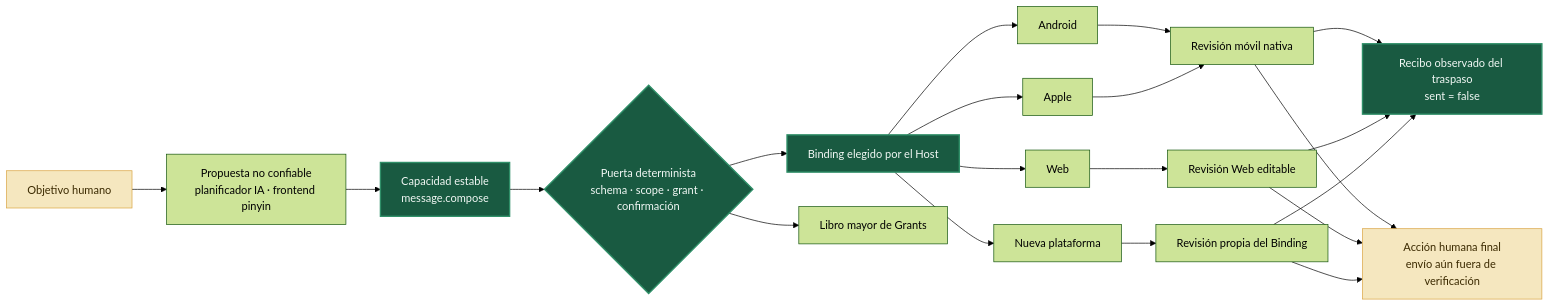
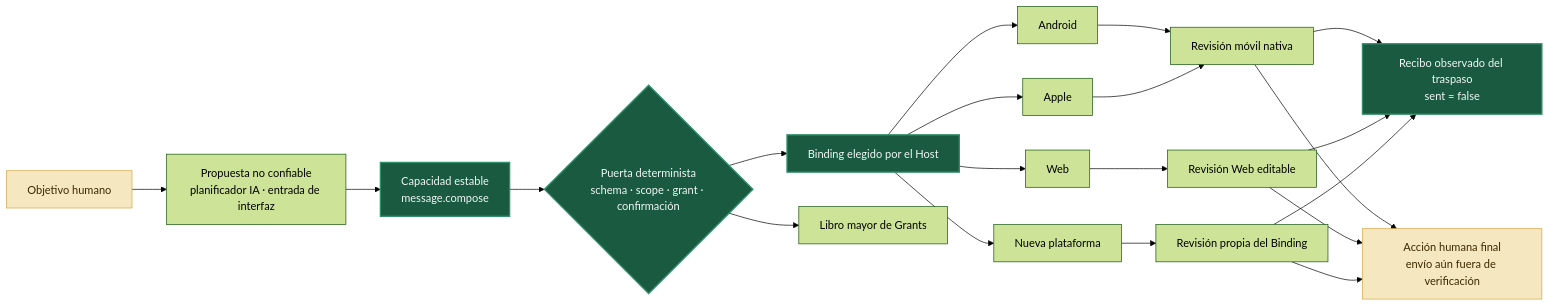
One commit to yifangjinxing-hash/jidan changed the diagram in README.es.md. Above: the diagram before and after it, drawn with Mermaid (forest theme). The commit also changed other lines of this file and 23 other files, not shown here.

Commit message:
Add Nine Lights conformance spike and freeze Pinyin frontend

````diff
--- a/README.es.md
+++ b/README.es.md
@@ -97,27 +113,27 @@
 ```mermaid
 flowchart LR
-    H["Objetivo humano"] --> P["Propuesta no confiable<br/>planificador IA · frontend pinyin"]
+    H["Objetivo humano"] --> P["Propuesta no confiable<br/>planificador IA · entrada de interfaz"]
     P --> C["Capacidad estable<br/>message.compose"]
     C --> G{"Puerta determinista<br/>schema · scope · grant · confirmación"}
     G --> R["Binding elegido por el Host"]
     R --> A["Android"]
     R --> I["Apple"]
     R --> W["Web"]
     R --> N["Nueva plataforma"]
     A --> M["Revisión móvil nativa"]
     I --> M
     W --> E["Revisión Web editable"]
     N --> S["Revisión propia del Binding"]
     M --> Q["Recibo observado del traspaso<br/>sent = false"]
     E --> Q
     S --> Q
     M --> X["Acción humana final<br/>envío aún fuera de verificación"]
     E --> X
     S --> X
     G --> L["Libro mayor de Grants"]
 
     classDef core fill:#195A41,color:#F2F8F5,stroke:#2F8F68,stroke-width:2px;
     classDef human fill:#F5E7BF,color:#3B2A00,stroke:#D9A441;
     class C,G,R,Q core;
     class H,X human;
 ```
````
